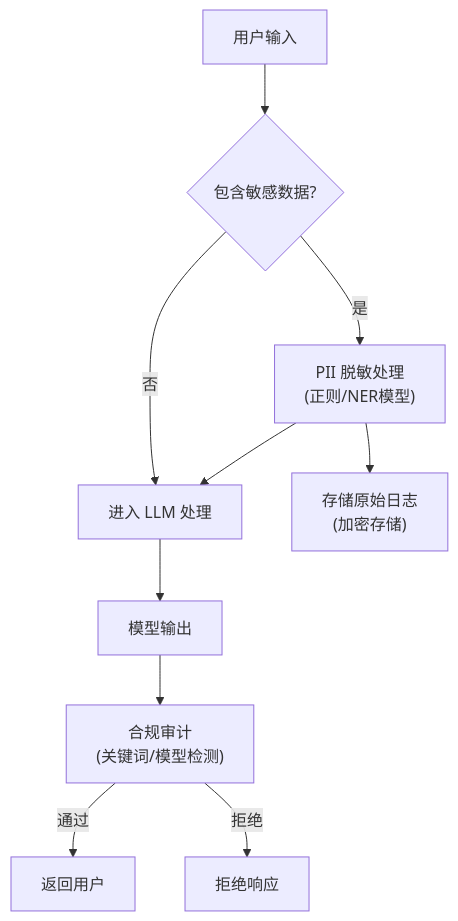
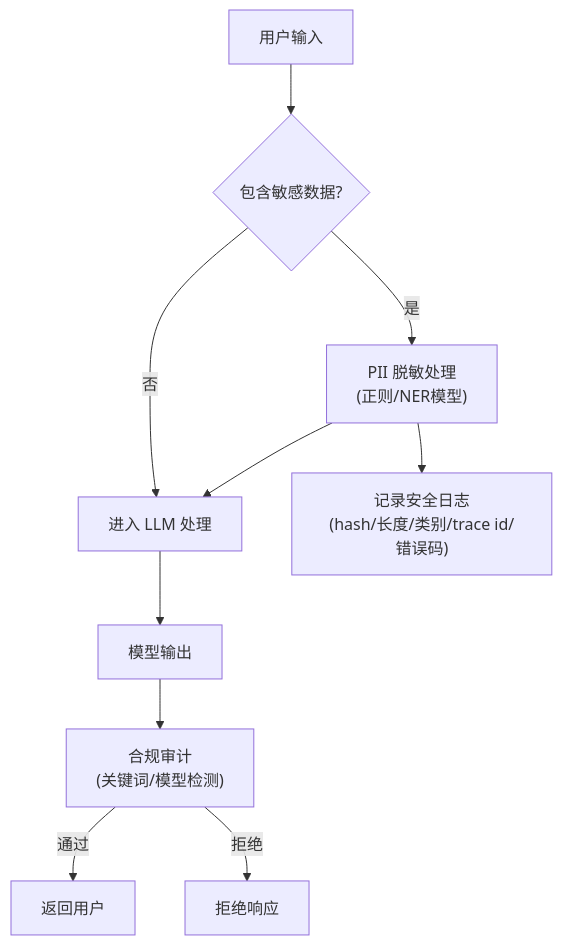
The second of 2 diagrams in 12_production/12.4_security.md (yeasy/context_engineering_guide), drawn with Mermaid before and after one commit. The commit also changed other lines of this file and 33 other files, not shown here.

````diff
--- a/12_production/12.4_security.md
+++ b/12_production/12.4_security.md
@@ -117,12 +119,12 @@
 ```mermaid
 graph TB
     Input["用户输入"] --> Detect{包含敏感数据?}
     Detect -->|是| PII_Mask["PII 脱敏处理<br>(正则/NER模型)"]
     Detect -->|否| Process
-    PII_Mask --> Store_Log["存储原始日志<br>(加密存储)"]
+    PII_Mask --> Store_Log["记录安全日志<br>(hash/长度/类别/trace id/错误码)"]
     PII_Mask --> Process["进入 LLM 处理"]
     Process --> Output["模型输出"]
     Output --> Audit["合规审计<br>(关键词/模型检测)"]
     Audit -->|通过| Response["返回用户"]
     Audit -->|拒绝| Block["拒绝响应"]
 ```
````
